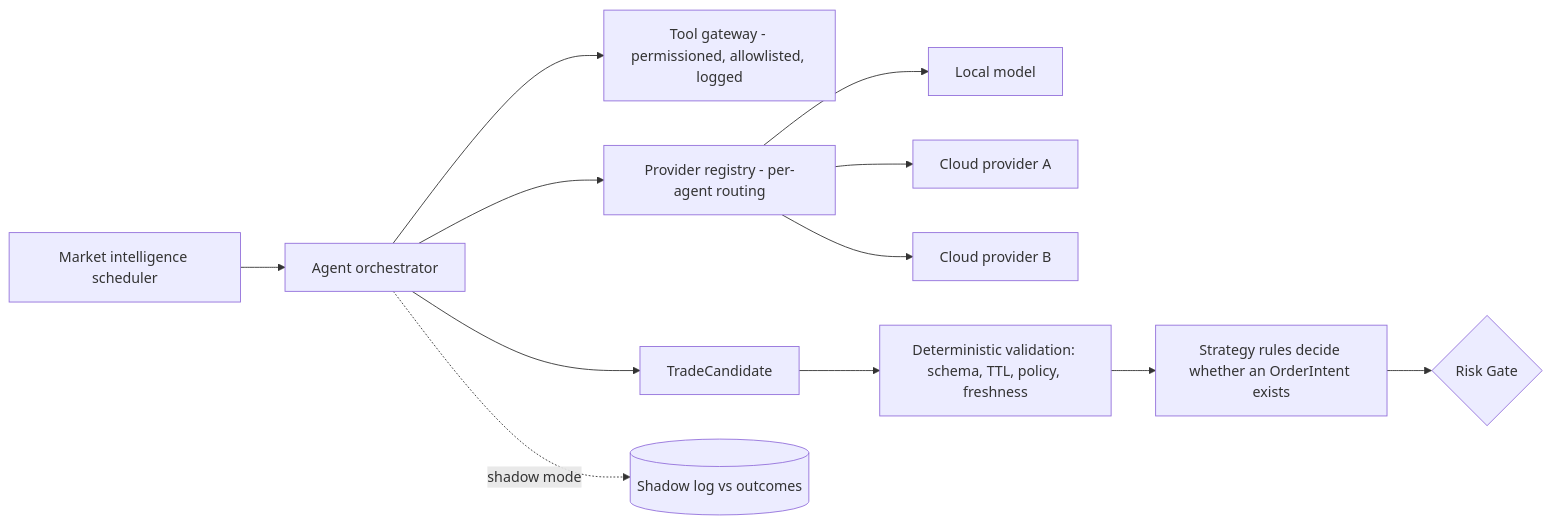
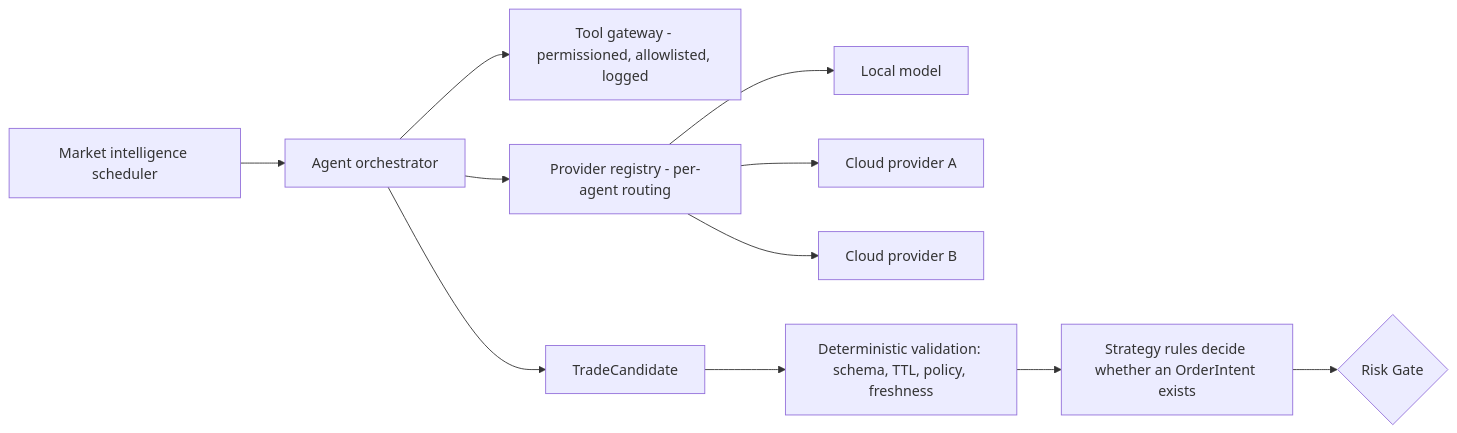
Before and after one commit to olhgtd/ALGOFORTISGPT: the third of 3 diagrams in ALGOFORTIS_V2_ARCHITECTURE.md, drawn with Mermaid. The commit also changed other lines of this file, not shown here.

Commit message:
fix: remove stale shadow references from active surfaces

````diff
--- a/ALGOFORTIS_V2_ARCHITECTURE.md
+++ b/ALGOFORTIS_V2_ARCHITECTURE.md
@@ -321,12 +321,11 @@
 ```mermaid
 flowchart LR
   MI[Market intelligence scheduler] --> ORCH[Agent orchestrator]
   ORCH --> TG[Tool gateway - permissioned, allowlisted, logged]
   ORCH --> PR[Provider registry - per-agent routing]
   PR --> P1[Local model] & P2[Cloud provider A] & P3[Cloud provider B]
   ORCH --> CAND[TradeCandidate]
   CAND --> VAL[Deterministic validation: schema, TTL, policy, freshness]
   VAL --> STRAT[Strategy rules decide whether an OrderIntent exists]
   STRAT --> GATE{Risk Gate}
-  ORCH -. shadow mode .-> SH[(Shadow log vs outcomes)]
 ```
````
